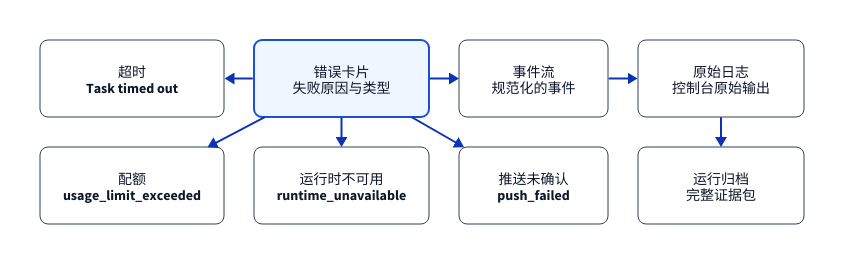
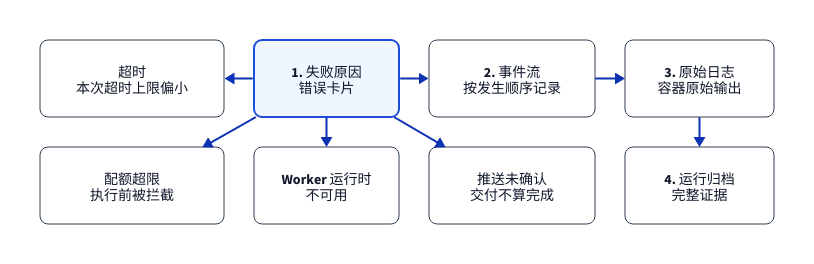
The diagram in frontend/src/guide/assets/diagrams/zh-CN/failure-triage.d2 (EeeMt/codify), drawn with D2 before and after one commit. The commit also changed 85 other files, not shown here.

```diff
--- a/frontend/src/guide/assets/diagrams/zh-CN/failure-triage.d2
+++ b/frontend/src/guide/assets/diagrams/zh-CN/failure-triage.d2
@@ -1,64 +1,64 @@
 # 章节：90-troubleshooting（故障排查）· 任务失败后的排查顺序
 # 读者要理解：先看错误卡片，再顺着事件流、原始日志、运行归档逐层深入；
 # 错误卡片里的失败信息有几种常见形态——超时、配额、运行时不可用、推送未确认。
 # 渲染：python3 scripts/guide/render-diagrams.py（在仓库根目录执行）
 
 vars: {
   d2-config: {
     layout-engine: elk
   }
 }
 
 direction: right
 
 classes: {
   node: {
     style.fill: "#FFFFFF"
     style.stroke: "#334155"
     style.stroke-width: 1
     style.font-color: "#0F172A"
     style.font-size: 14
     style.border-radius: 8
   }
   accent: {
     style.fill: "#EFF6FF"
     style.stroke: "#1D4ED8"
     style.font-color: "#0F172A"
     style.font-size: 14
     style.border-radius: 8
   }
   external: {
     style.fill: "#F8FAFC"
     style.stroke: "#94A3B8"
     style.stroke-dash: 4
     style.font-color: "#0F172A"
     style.font-size: 14
     style.border-radius: 8
   }
 }
 
 triage: {
   label: ""
   grid-rows: 2
   grid-columns: 4
   grid-gap: 30
   style.fill: transparent
   style.stroke-width: 0
 
-  timeout: "超时\nTask timed out" { class: node }
-  error: "错误卡片\n失败原因与类型" { class: accent }
-  events: "事件流\n规范化的事件" { class: node }
-  logs: "原始日志\n控制台原始输出" { class: node }
-  quota: "配额\nusage_limit_exceeded" { class: node }
-  runtime: "运行时不可用\nruntime_unavailable" { class: node }
-  push: "推送未确认\npush_failed" { class: node }
-  archive: "运行归档\n完整证据包" { class: node }
+  timeout: "超时\n本次超时上限偏小" { class: node }
+  error: "1. 失败原因\n错误卡片" { class: accent }
+  events: "2. 事件流\n按发生顺序记录" { class: node }
+  logs: "3. 原始日志\n容器原始输出" { class: node }
+  quota: "配额超限\n执行前被拦截" { class: node }
+  runtime: "Worker 运行时\n不可用" { class: node }
+  push: "推送未确认\n交付不算完成" { class: node }
+  archive: "4. 运行归档\n完整证据" { class: node }
 
   error -> events
   events -> logs
   logs -> archive
   error -> timeout
   error -> quota
   error -> runtime
   error -> push
 }
```
